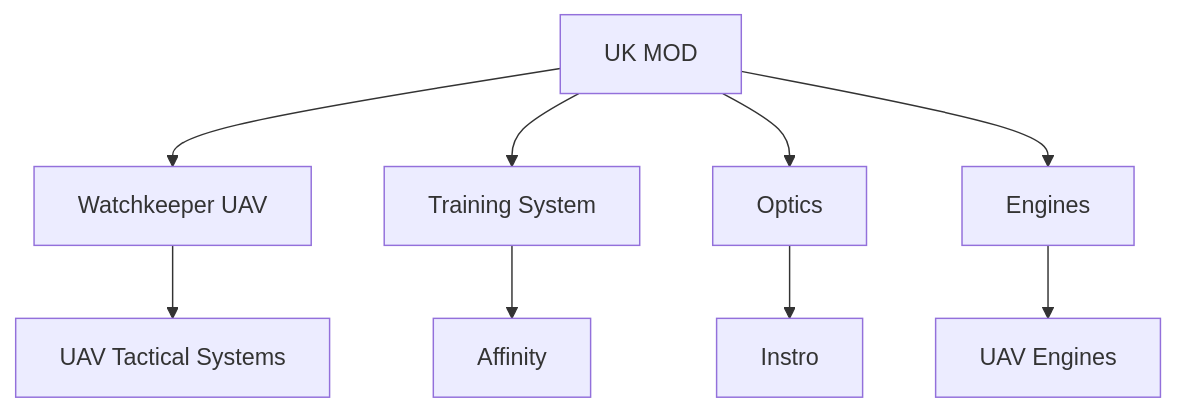
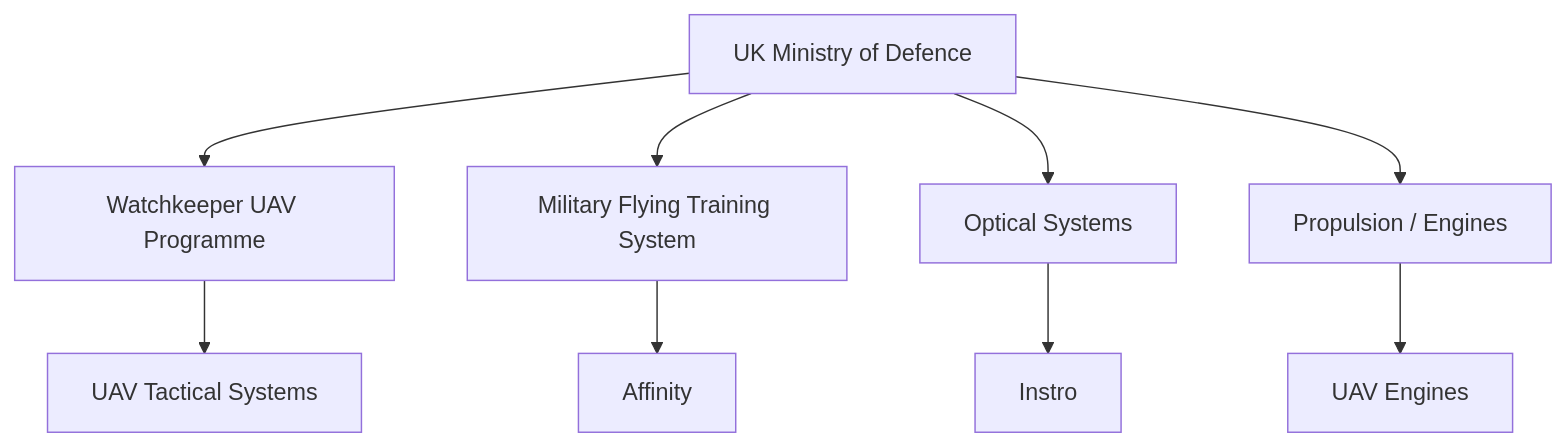
Before and after one commit to josefsbreakfast/Polaris-Protocol: the first of 3 diagrams in Disruption_Kit/Big_Picture_Protocols/🌀_System_Governance/⚖️_Legal_State_Governance/⚖️_elbit_systems_uk_legal_structure.md, drawn with Mermaid. The commit also changed other lines of this file, not shown here.

````diff
--- a/Disruption_Kit/Big_Picture_Protocols/🌀_System_Governance/⚖️_Legal_State_Governance/⚖️_elbit_systems_uk_legal_structure.md
+++ b/Disruption_Kit/Big_Picture_Protocols/🌀_System_Governance/⚖️_Legal_State_Governance/⚖️_elbit_systems_uk_legal_structure.md
@@ -112,19 +90,19 @@
 ```mermaid
 flowchart TB
-    MOD[UK MOD]
+    MOD[UK Ministry of Defence]
 
-    WK[Watchkeeper UAV]
-    TR[Training System]
-    OP[Optics]
-    EN[Engines]
+    WK[Watchkeeper UAV Programme]
+    TR[Military Flying Training System]
+    OP[Optical Systems]
+    EN[Propulsion / Engines]
 
     UTS[UAV Tactical Systems]
     AFF[Affinity]
     INS[Instro]
     UEL[UAV Engines]
 
     MOD --> WK --> UTS
     MOD --> TR --> AFF
     MOD --> OP --> INS
     MOD --> EN --> UEL
 ```
````
